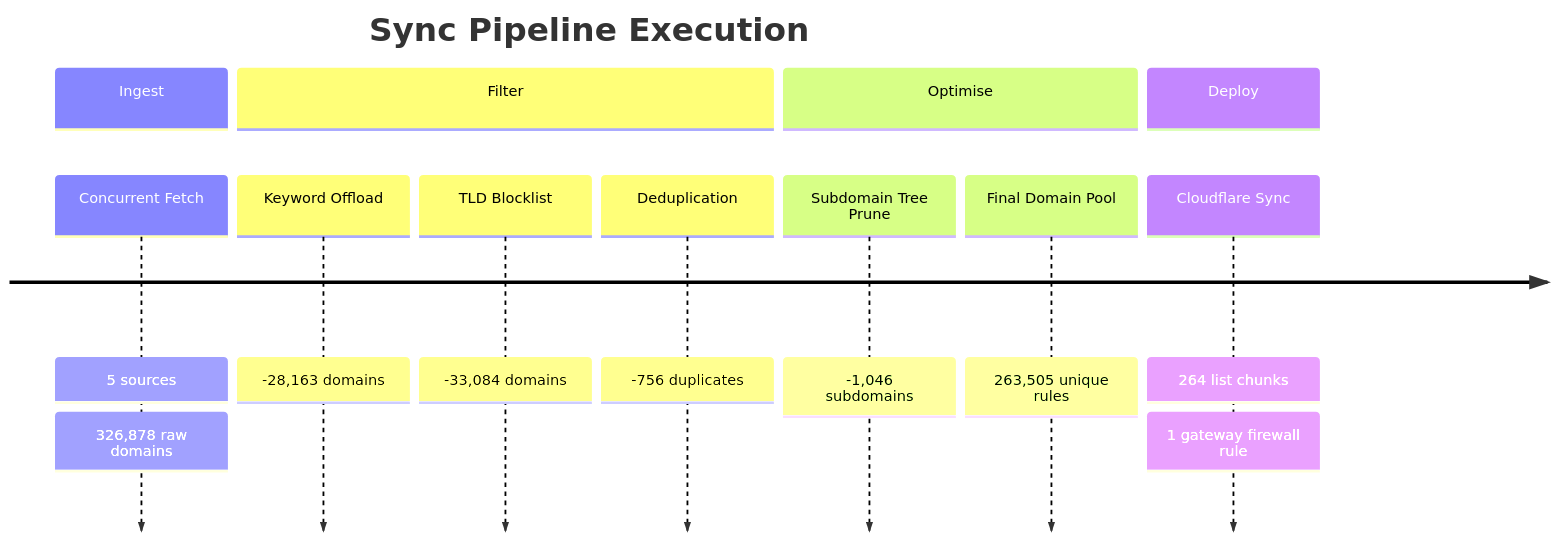
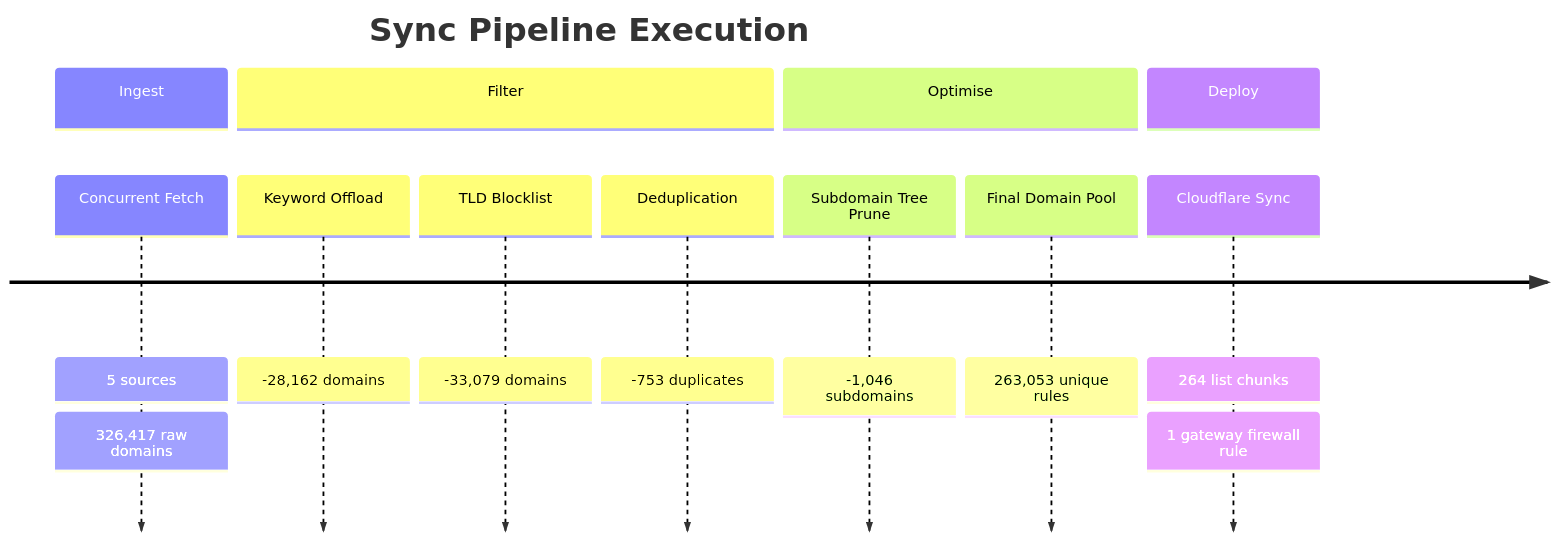
The second of 6 diagrams in README_STATS.md (brojangles24/Cloudflare-ZeroTrust-AdBlock), drawn with Mermaid before and after one commit. The commit also changed other lines of this file and 1 other file, not shown here.

````diff
--- a/README_STATS.md
+++ b/README_STATS.md
@@ -54,17 +54,17 @@
 ```mermaid
 timeline
     title Sync Pipeline Execution
     section Ingest
         Concurrent Fetch   : 5 sources
-                           : 326,878 raw domains
+                           : 326,417 raw domains
     section Filter
-        Keyword Offload    : -28,163 domains
-        TLD Blocklist      : -33,084 domains
-        Deduplication      : -756 duplicates
+        Keyword Offload    : -28,162 domains
+        TLD Blocklist      : -33,079 domains
+        Deduplication      : -753 duplicates
     section Optimise
         Subdomain Tree Prune : -1,046 subdomains
-        Final Domain Pool    : 263,505 unique rules
+        Final Domain Pool    : 263,053 unique rules
     section Deploy
         Cloudflare Sync    : 264 list chunks
                            : 1 gateway firewall rule
 ```
````
